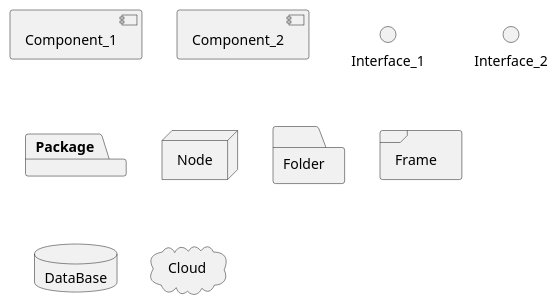
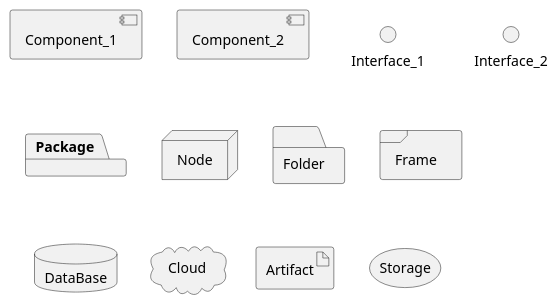
One commit to izumisan/cheatsheet changed the second of 9 diagrams in PlantUML/component-diagram.puml. Above: the diagram before and after it, drawn with PlantUML. The commit also changed other lines of this file and 8 other files, not shown here.

Commit message:
Update: コンポーネント図

```diff
--- a/PlantUML/component-diagram.puml
+++ b/PlantUML/component-diagram.puml
@@ -28,15 +28,19 @@
 @startuml cmp.1_parts_uml1
 
 component Component_1
 [Component_2]
 
 interface Interface_1
 () Interface_2
 
 package Package
 node Node
 folder Folder
 frame Frame
 database DataBase
 cloud Cloud
+
+' リファレンスにはないけど、これらも使える
+artifact Artifact
+storage Storage
 @enduml
```
